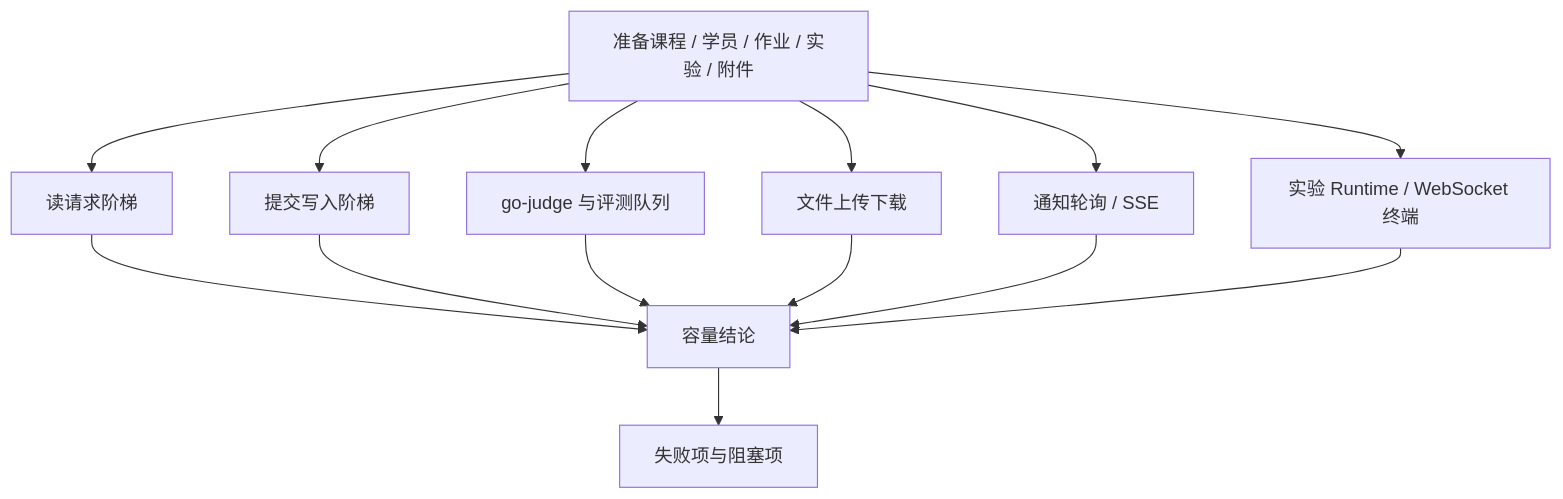
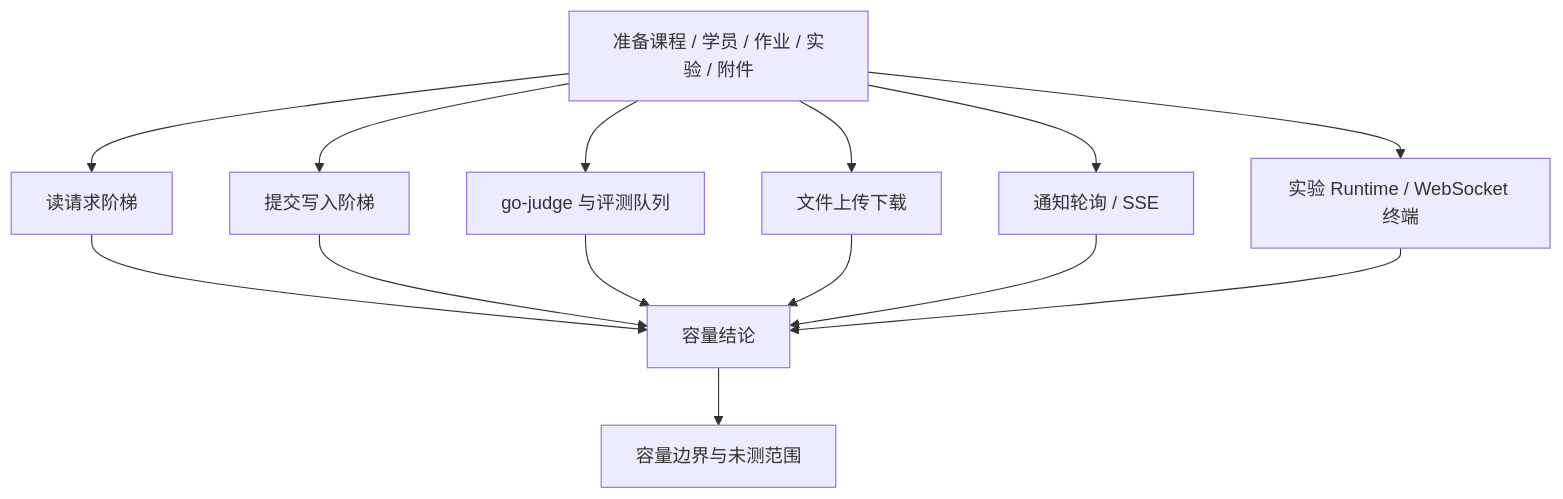
One commit to BUAA-SEProject/docs changed the second of 2 diagrams in 02-process-docs/test-report.md. Above: the diagram before and after it, drawn with Mermaid. The commit also changed other lines of this file and 3 other files, not shown here.

````diff
--- a/02-process-docs/test-report.md
+++ b/02-process-docs/test-report.md
@@ -128,16 +128,16 @@
 ```mermaid
 flowchart TB
   Data["准备课程 / 学员 / 作业 / 实验 / 附件"] --> Read["读请求阶梯"]
   Data --> Write["提交写入阶梯"]
   Data --> Judge["go-judge 与评测队列"]
   Data --> File["文件上传下载"]
   Data --> Notify["通知轮询 / SSE"]
   Data --> Lab["实验 Runtime / WebSocket 终端"]
   Read --> Capacity["容量结论"]
   Write --> Capacity
   Judge --> Capacity
   File --> Capacity
   Notify --> Capacity
   Lab --> Capacity
-  Capacity --> Risk["失败项与阻塞项"]
+  Capacity --> Risk["容量边界与未测范围"]
 ```
````
